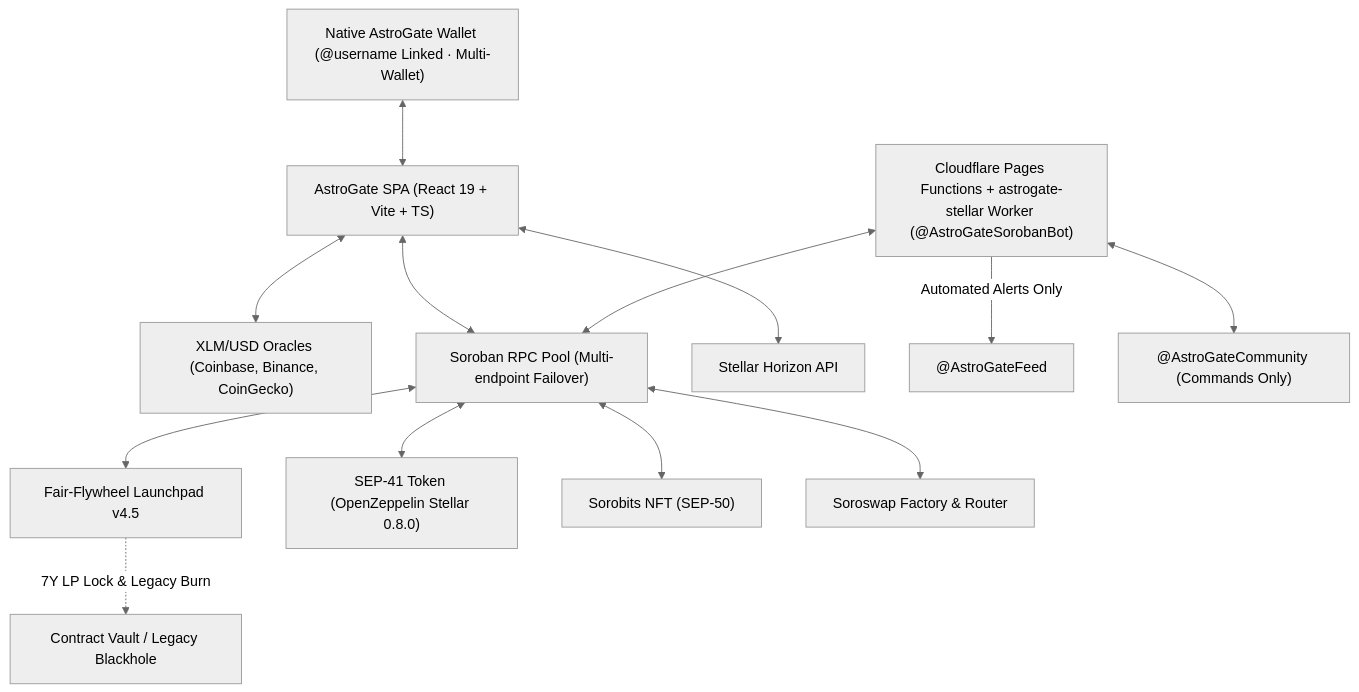
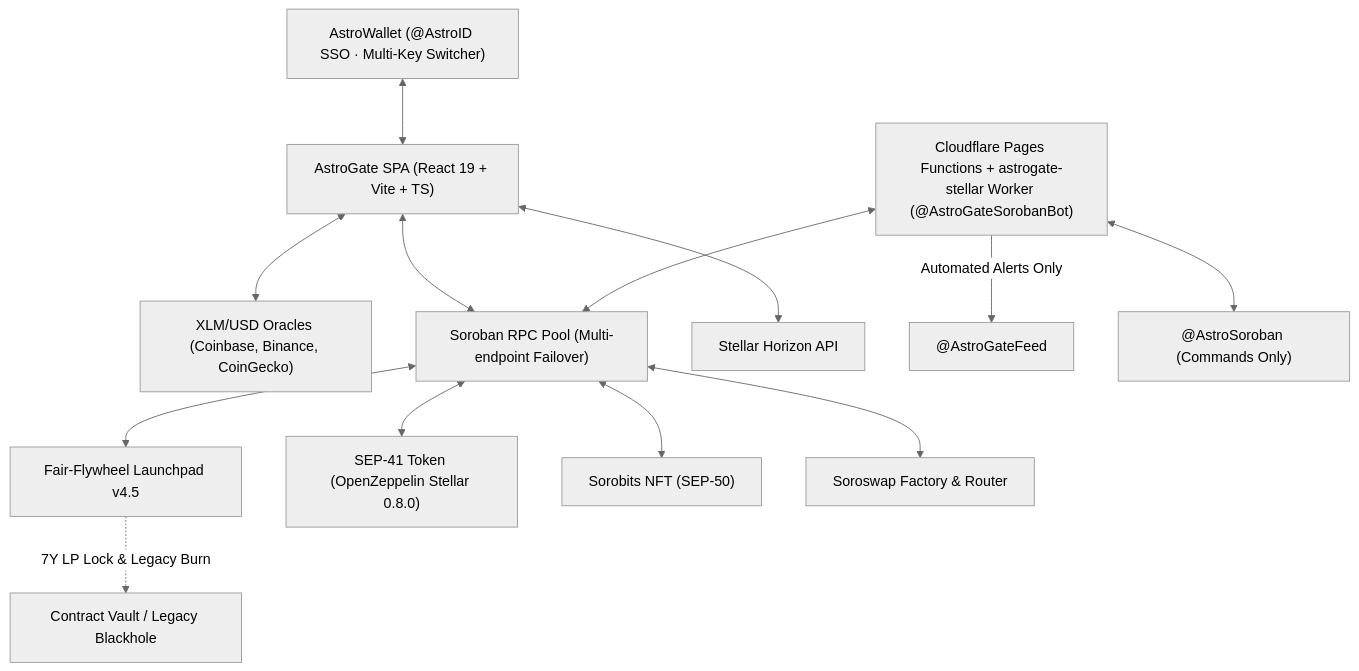
The diagram in README.md (NunaLabsDev/astrogate), drawn with Mermaid (neutral theme) before and after one commit. The commit also changed other lines of this file and 11 other files, not shown here.

Commit message:
docs: prune historical docs, fix AstroWallet SSO drift, and clean docs index

````diff
--- a/README.md
+++ b/README.md
@@ -36,15 +36,15 @@
 ```mermaid
 flowchart TD
-    User["Native AstroGate Wallet (@username Linked · Multi-Wallet)"] <--> Frontend["AstroGate SPA (React 19 + Vite + TS)"]
+    User["AstroWallet (@AstroID SSO · Multi-Key Switcher)"] <--> Frontend["AstroGate SPA (React 19 + Vite + TS)"]
     Frontend <--> Oracles["XLM/USD Oracles (Coinbase, Binance, CoinGecko)"]
     Frontend <--> RPC["Soroban RPC Pool (Multi-endpoint Failover)"]
     Frontend <--> Horizon["Stellar Horizon API"]
     RPC <--> Launchpad["Fair-Flywheel Launchpad v4.5"]
     RPC <--> Token["SEP-41 Token (OpenZeppelin Stellar 0.8.0)"]
     RPC <--> Sorobits["Sorobits NFT (SEP-50)"]
     RPC <--> Soroswap["Soroswap Factory & Router"]
     Launchpad -. "7Y LP Lock & Legacy Burn" .-> Blackhole["Contract Vault / Legacy Blackhole"]
     Worker["Cloudflare Pages Functions + astrogate-stellar Worker (@AstroGateSorobanBot)"] <--> RPC
     Worker -- "Automated Alerts Only" --> Feed["@AstroGateFeed"]
-    Worker <--> Community["@AstroGateCommunity (Commands Only)"]
+    Worker <--> Community["@AstroSoroban (Commands Only)"]
 ```
````
